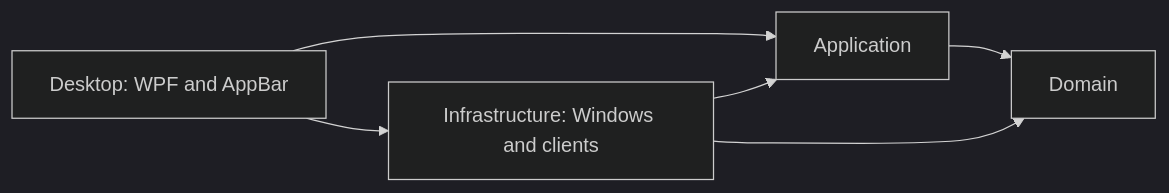
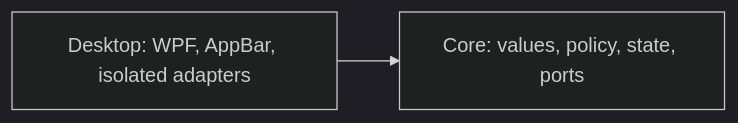
Before and after one commit to maxViolet/System-Resource-Monitor: the diagram in docs/implementation-plan.md, drawn with Mermaid (dark theme). The commit also changed other lines of this file and 3 other files, not shown here.

Commit message:
docs: prioritize the AppBar-first CPU and RAM release

````diff
--- a/docs/implementation-plan.md
+++ b/docs/implementation-plan.md
@@ -65,8 +28,4 @@
 ```mermaid
 flowchart LR
-    Desktop[Desktop: WPF and AppBar] --> Application
-    Infrastructure[Infrastructure: Windows and clients] --> Application
-    Desktop --> Infrastructure
-    Application --> Domain
-    Infrastructure --> Domain
+    Desktop[Desktop: WPF, AppBar, isolated adapters] --> Core[Core: values, policy, state, ports]
 ```
````
